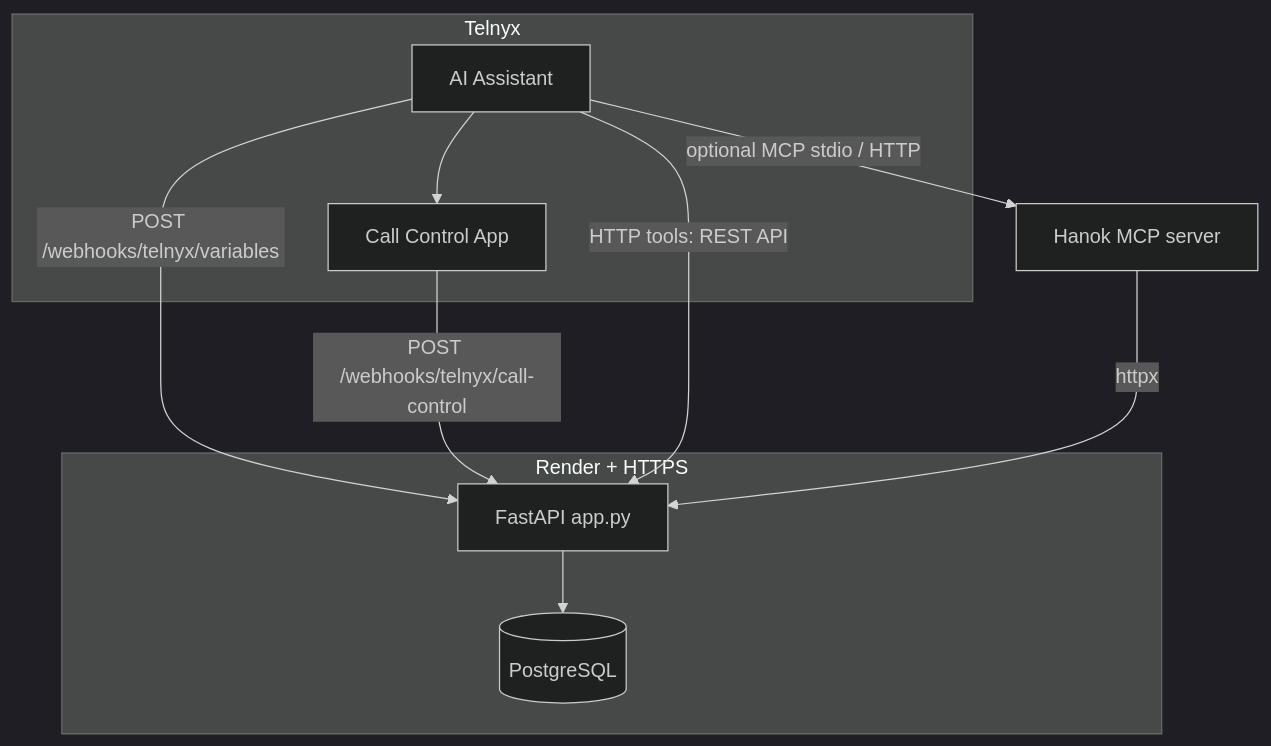
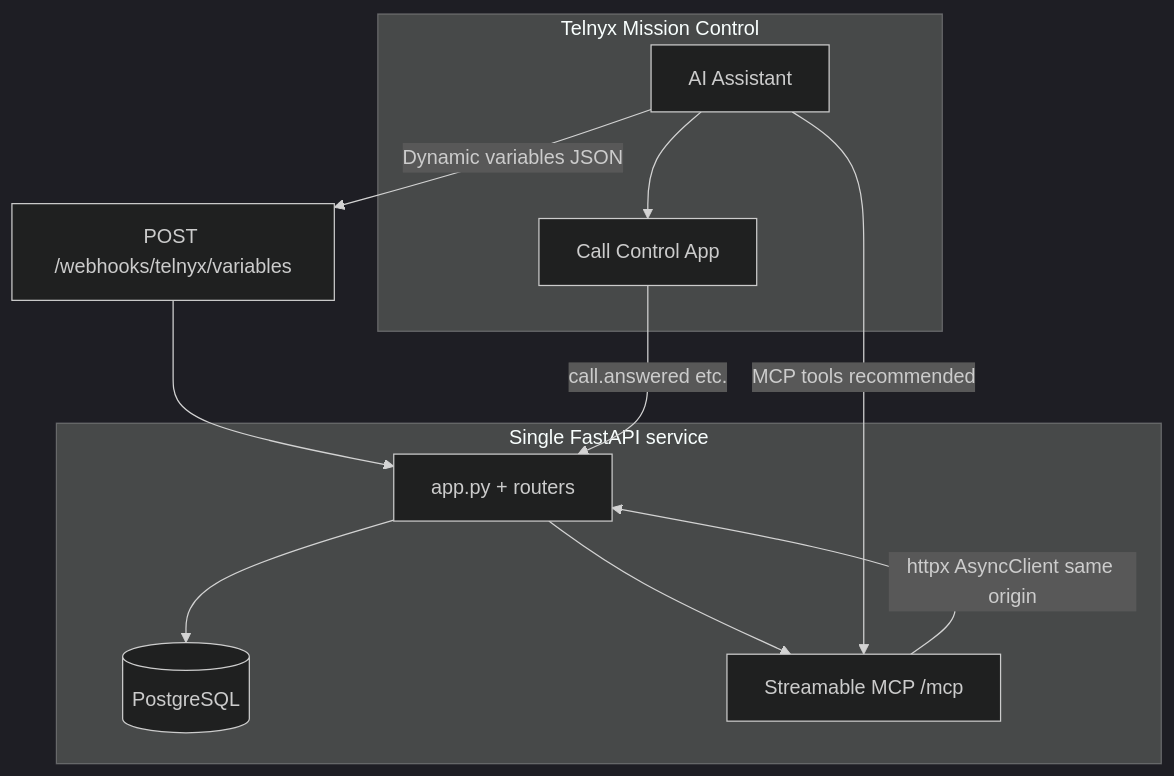
The diagram in README.md (hjleepapa/8-telnyx), drawn with Mermaid (dark theme) before and after one commit. The commit also changed other lines of this file, not shown here.

First line of the commit message:
docs: refresh README for current architecture (MCP mount, TZ, locale, webhooks)

````diff
--- a/README.md
+++ b/README.md
@@ -28,20 +33,22 @@
 ```mermaid
 flowchart TB
-  subgraph telnyx [Telnyx]
+  subgraph telnyx [Telnyx Mission Control]
     Assistant[AI Assistant]
     CC[Call Control App]
     Assistant --> CC
   end
 
-  subgraph deploy [Render + HTTPS]
-    App[FastAPI app.py]
+  subgraph deploy [Single FastAPI service]
+    App[app.py + routers]
     DB[(PostgreSQL)]
+    MCPApp[Streamable MCP /mcp]
     App --> DB
+    App --> MCPApp
   end
 
-  Assistant -->|POST /webhooks/telnyx/variables| App
-  CC -->|POST /webhooks/telnyx/call-control| App
-  Assistant -->|HTTP tools: REST API| App
-  Assistant -->|optional MCP stdio / HTTP| MCP[Hanok MCP server]
-  MCP -->|httpx| App
+  Assistant -->|Dynamic variables JSON| Vars[POST /webhooks/telnyx/variables]
+  Vars --> App
+  CC -->|call.answered etc.| App
+  Assistant -->|MCP tools recommended| MCPApp
+  MCPApp -->|httpx AsyncClient same origin| App
 ```
````
